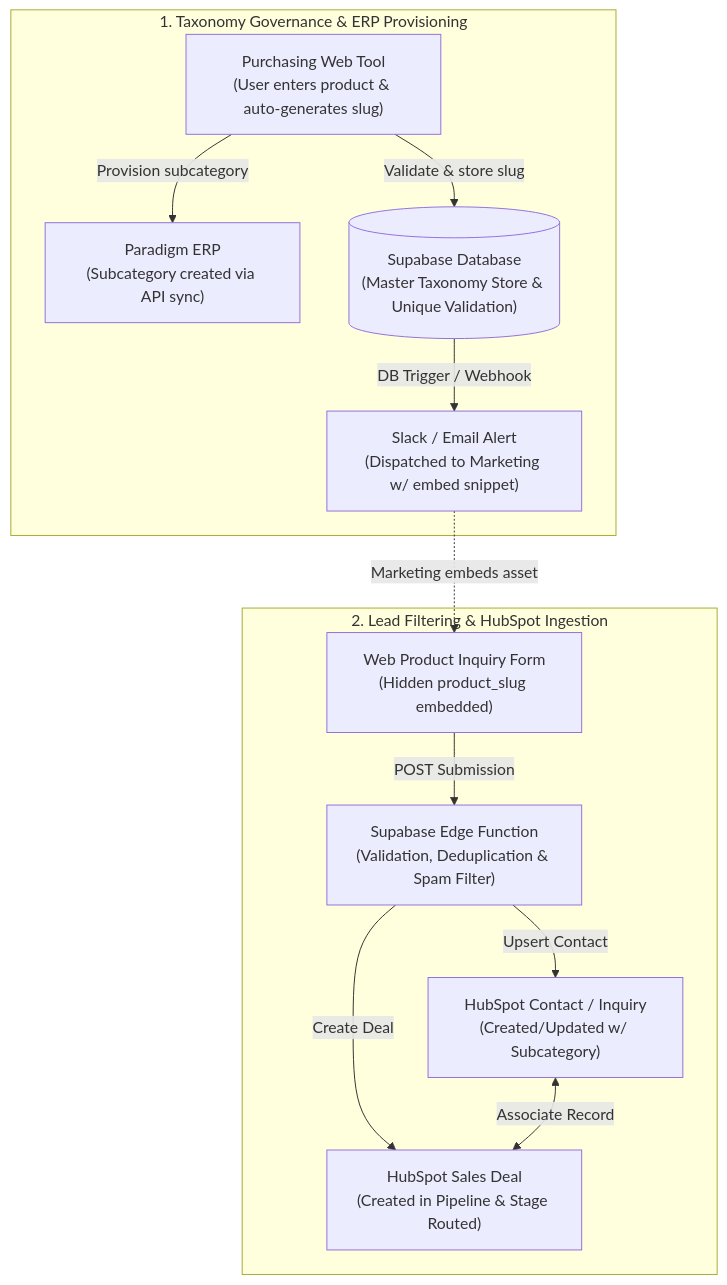
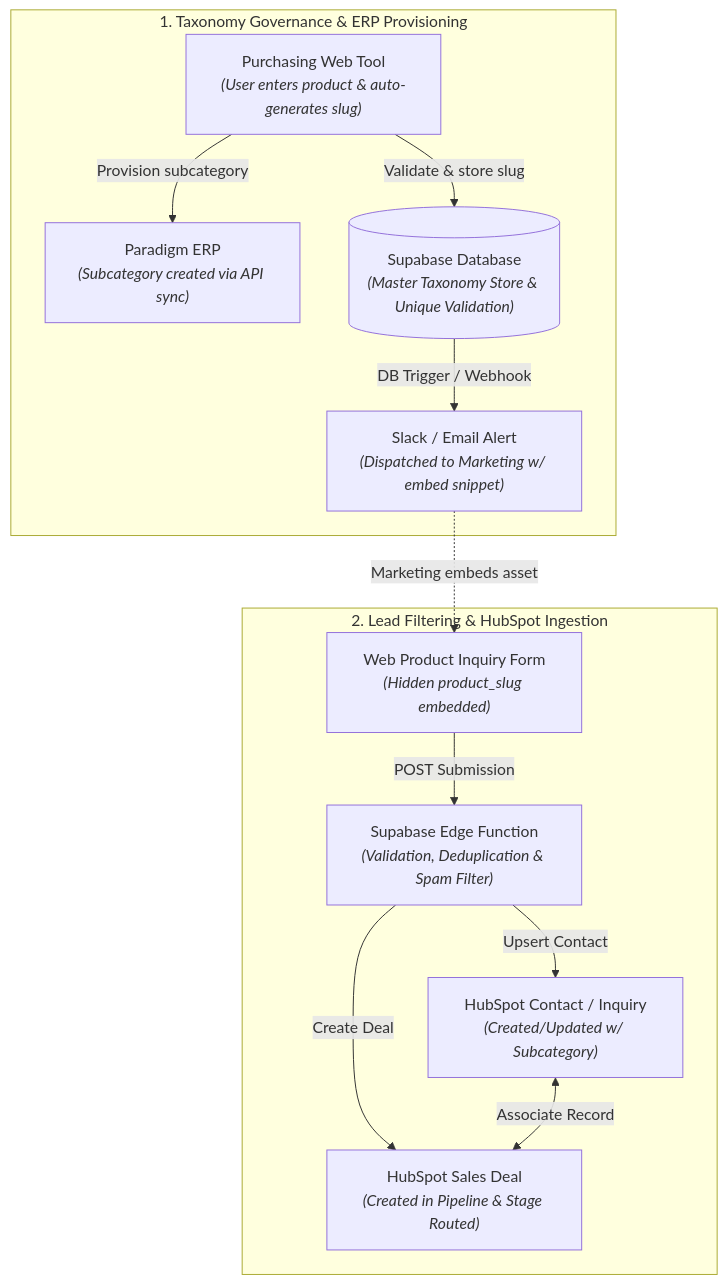
One commit to BestBuyMetalsDev01/Product-Slug-Manager changed the diagram in README.md. Above: the diagram before and after it, drawn with Mermaid. The commit also changed other lines of this file, not shown here.

Commit message:
Streamline README to executive overview, architecture flow, and data lifecycle

````diff
--- a/README.md
+++ b/README.md
@@ -22,26 +22,26 @@
 ```mermaid
 flowchart TD
     subgraph Taxonomy_Creation["1. Taxonomy Governance & ERP Provisioning"]
-        A["Purchasing Web Tool<br/>(User enters product & auto-generates slug)"]
-        B["Paradigm ERP<br/>(Subcategory created via API sync)"]
-        C[("Supabase Database<br/>(Master Taxonomy Store & Unique Validation)")]
-        D["Slack / Email Alert<br/>(Dispatched to Marketing w/ embed snippet)"]
+        A["Purchasing Web Tool<br/><i>(User enters product & auto-generates slug)</i>"]
+        B["Paradigm ERP<br/><i>(Subcategory created via API sync)</i>"]
+        C[("Supabase Database<br/><i>(Master Taxonomy Store & Unique Validation)</i>")]
+        D["Slack / Email Alert<br/><i>(Dispatched to Marketing w/ embed snippet)</i>"]
         
         A -->|Provision subcategory| B
         A -->|Validate & store slug| C
         C -->|DB Trigger / Webhook| D
     end
 
     subgraph Inquiry_Ingestion["2. Lead Filtering & HubSpot Ingestion"]
-        E["Web Product Inquiry Form<br/>(Hidden product_slug embedded)"]
-        F["Supabase Edge Function<br/>(Validation, Deduplication & Spam Filter)"]
-        G["HubSpot Contact / Inquiry<br/>(Created/Updated w/ Subcategory)"]
-        H["HubSpot Sales Deal<br/>(Created in Pipeline & Stage Routed)"]
+        E["Web Product Inquiry Form<br/><i>(Hidden product_slug embedded)</i>"]
+        F["Supabase Edge Function<br/><i>(Validation, Deduplication & Spam Filter)</i>"]
+        G["HubSpot Contact / Inquiry<br/><i>(Created/Updated w/ Subcategory)</i>"]
+        H["HubSpot Sales Deal<br/><i>(Created in Pipeline & Stage Routed)</i>"]
         
         D -.->|Marketing embeds asset| E
         E -->|POST Submission| F
         F -->|Upsert Contact| G
         F -->|Create Deal| H
         G <-->|Associate Record| H
     end
 ```
````
